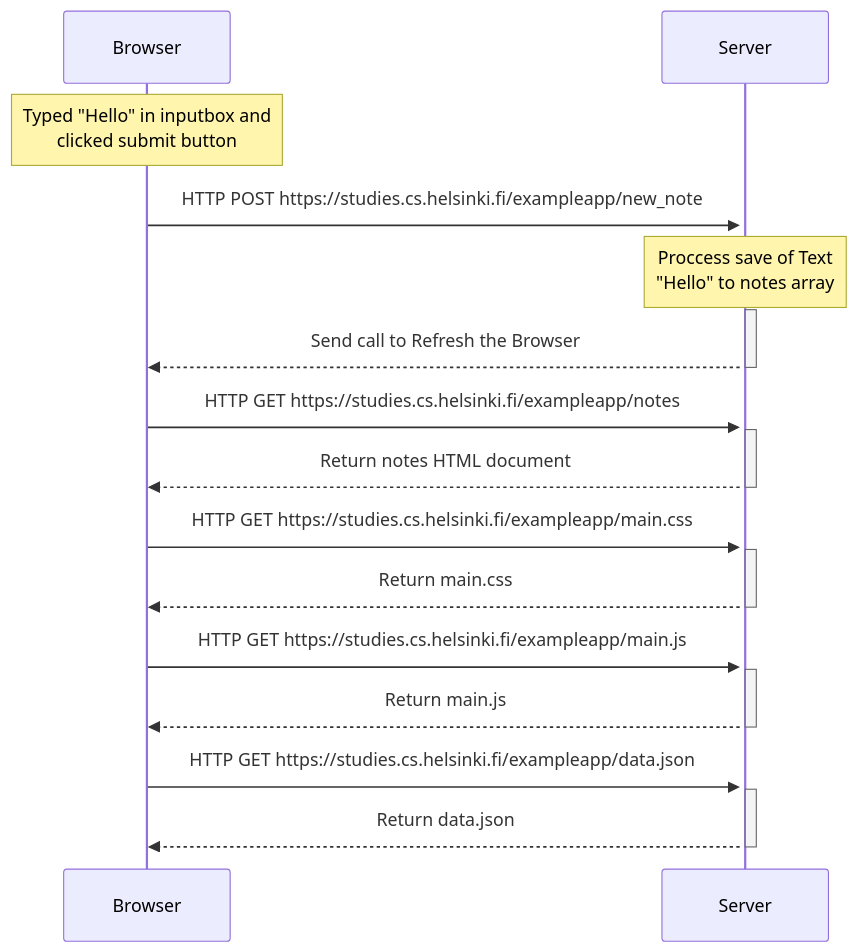
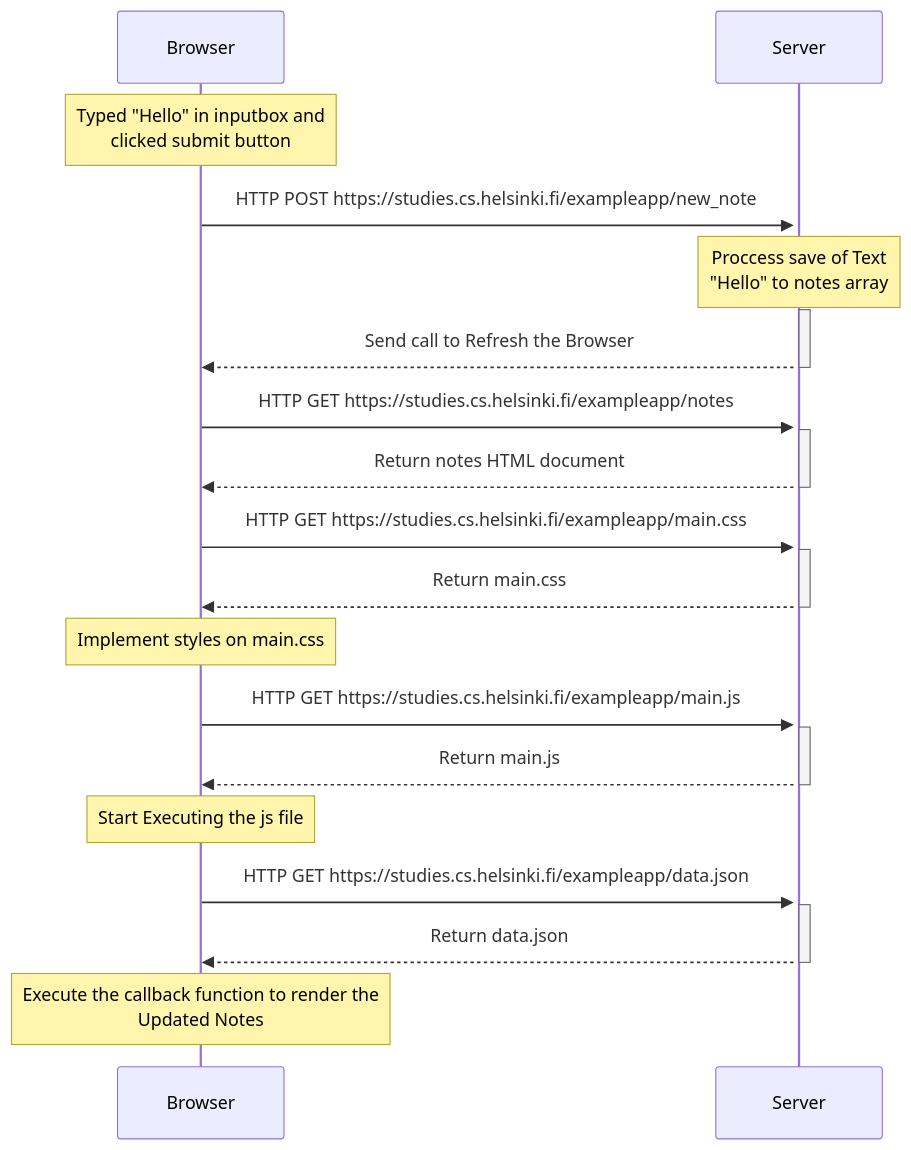
One commit to nimbly-dev/fso-part00 changed the diagram in README.md. Above: the diagram before and after it, drawn with Mermaid.

````diff
--- a/README.md
+++ b/README.md
@@ -3,33 +3,39 @@
 ```mermaid
 sequenceDiagram
     participant Browser
     participant Server
 
     Note over Browser: Typed "Hello" in inputbox and <br>clicked submit button
     Browser->>+Server: HTTP POST https://studies.cs.helsinki.fi/exampleapp/new_note
     Note over Server: Proccess save of Text <br> "Hello" to notes array
     
     activate Server
     Server-->>Browser: Send call to Refresh the Browser
     deactivate Server
     
     Browser->>Server: HTTP GET https://studies.cs.helsinki.fi/exampleapp/notes
     activate Server
     Server-->>Browser: Return notes HTML document
     deactivate Server
 
     Browser->>Server: HTTP GET https://studies.cs.helsinki.fi/exampleapp/main.css
     activate Server
     Server-->>Browser: Return main.css
     deactivate Server
 
+    Note over Browser: Implement styles on main.css
+
     Browser->>Server: HTTP GET https://studies.cs.helsinki.fi/exampleapp/main.js
     activate Server
     Server-->>Browser: Return main.js
     deactivate Server
 
+    Note over Browser: Start Executing the js file
+
     Browser->>Server: HTTP GET https://studies.cs.helsinki.fi/exampleapp/data.json
     activate Server
     Server-->>Browser: Return data.json
     deactivate Server
+
+    Note over Browser: Execute the callback function to render the <br> Updated Notes
 ```
````
